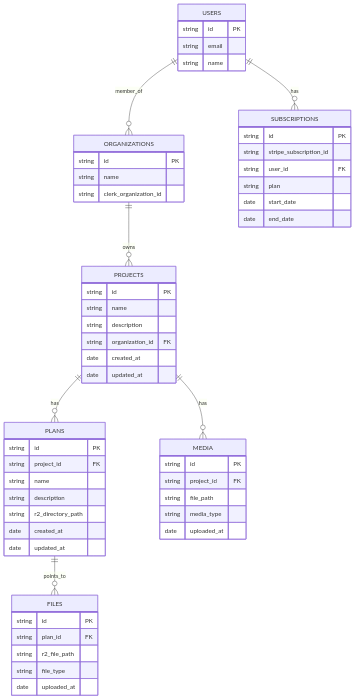
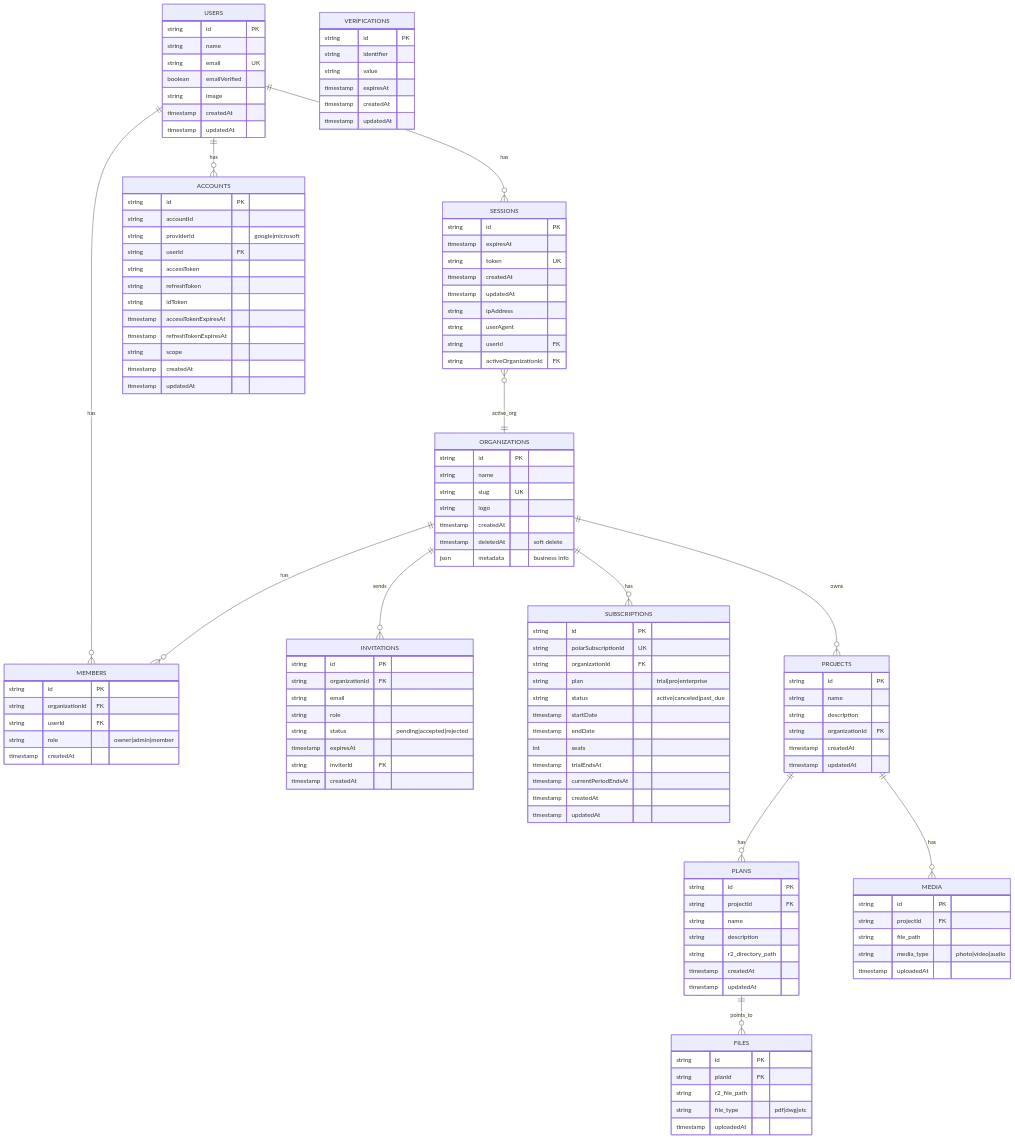
The diagram in docs/database.mermaid (Woody88/sitelink), drawn with Mermaid before and after one commit. The commit also changed 4 other files, not shown here.

```diff
--- a/docs/database.mermaid
+++ b/docs/database.mermaid
@@ -1,67 +1,148 @@
 erDiagram
-    %% Clerk-managed entities (external)
-    USERS ||--o{ ORGANIZATIONS : member_of
-    USERS ||--o{ SUBSCRIPTIONS : has
+    %% Better-Auth managed entities
+    USERS ||--o{ SESSIONS : has
+    USERS ||--o{ ACCOUNTS : has
+    USERS ||--o{ MEMBERS : has
 
-    %% Local D1 database entities
+    %% Organization structure
+    ORGANIZATIONS ||--o{ MEMBERS : has
+    ORGANIZATIONS ||--o{ INVITATIONS : sends
+    ORGANIZATIONS ||--o{ SUBSCRIPTIONS : has
     ORGANIZATIONS ||--o{ PROJECTS : owns
+
+    %% Project structure
     PROJECTS ||--o{ PLANS : has
     PLANS ||--o{ FILES : points_to
     PROJECTS ||--o{ MEDIA : has
 
-    %% Entity definitions
+    %% Sessions track active organization
+    SESSIONS }o--|| ORGANIZATIONS : active_org
+
+    %% Better-Auth Core Tables
     USERS {
         string id PK
-        string email
         string name
+        string email UK
+        boolean emailVerified
+        string image
+        timestamp createdAt
+        timestamp updatedAt
     }
 
+    SESSIONS {
+        string id PK
+        timestamp expiresAt
+        string token UK
+        timestamp createdAt
+        timestamp updatedAt
+        string ipAddress
+        string userAgent
+        string userId FK
+        string activeOrganizationId FK
+    }
+
+    ACCOUNTS {
+        string id PK
+        string accountId
+        string providerId "google|microsoft"
+        string userId FK
+        string accessToken
+        string refreshToken
+        string idToken
+        timestamp accessTokenExpiresAt
+        timestamp refreshTokenExpiresAt
+        string scope
+        timestamp createdAt
+        timestamp updatedAt
+    }
+
+    VERIFICATIONS {
+        string id PK
+        string identifier
+        string value
+        timestamp expiresAt
+        timestamp createdAt
+        timestamp updatedAt
+    }
+
+    %% Organization Tables
     ORGANIZATIONS {
         string id PK
         string name
-        string clerk_organization_id
+        string slug UK
+        string logo
+        timestamp createdAt
+        timestamp deletedAt "soft delete"
+        json metadata "business info"
     }
 
+    MEMBERS {
+        string id PK
+        string organizationId FK
+        string userId FK
+        string role "owner|admin|member"
+        timestamp createdAt
+    }
+
+    INVITATIONS {
+        string id PK
+        string organizationId FK
+        string email
+        string role
+        string status "pending|accepted|rejected"
+        timestamp expiresAt
+        string inviterId FK
+        timestamp createdAt
+    }
+
+    %% Subscription Tables (Polar Integration)
     SUBSCRIPTIONS {
         string id PK
-        string stripe_subscription_id
-        string user_id FK
-        string plan
-        date start_date
-        date end_date
+        string polarSubscriptionId UK
+        string organizationId FK
+        string plan "trial|pro|enterprise"
+        string status "active|canceled|past_due"
+        timestamp startDate
+        timestamp endDate
+        int seats
+        timestamp trialEndsAt
+        timestamp currentPeriodEndsAt
+        timestamp createdAt
+        timestamp updatedAt
     }
 
+    %% Project Management
     PROJECTS {
         string id PK
         string name
         string description
-        string organization_id FK
-        date created_at
-        date updated_at
+        string organizationId FK
+        timestamp createdAt
+        timestamp updatedAt
     }
 
     PLANS {
         string id PK
-        string project_id FK
+        string projectId FK
         string name
         string description
         string r2_directory_path
-        date created_at
-        date updated_at
+        timestamp createdAt
+        timestamp updatedAt
     }
 
     FILES {
         string id PK
-        string plan_id FK
+        string planId FK
         string r2_file_path
-        string file_type
-        date uploaded_at
+        string file_type "pdf|dwg|etc"
+        timestamp uploadedAt
     }
 
     MEDIA {
         string id PK
-        string project_id FK
+        string projectId FK
         string file_path
-        string media_type
-        date uploaded_at
+        string media_type "photo|video|audio"
+        timestamp uploadedAt
     }
```
